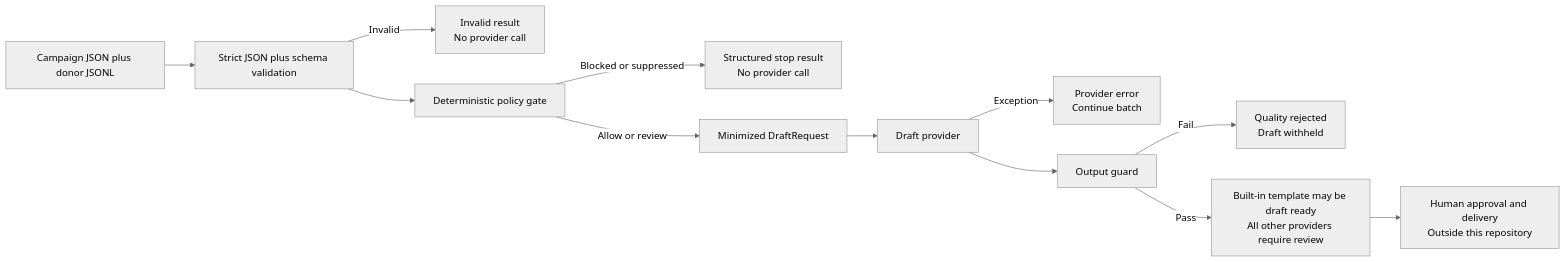
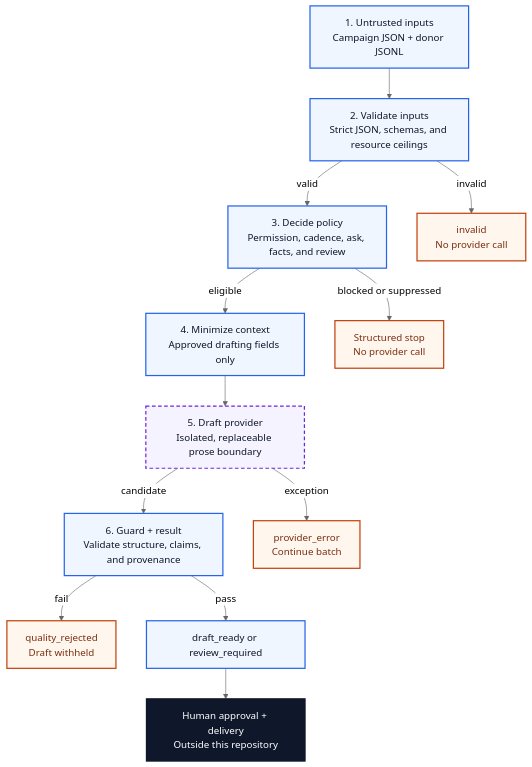
One commit to kappa9999/charity-donor-outreach-case-study changed the diagram in docs/architecture-flow.mmd. Above: the diagram before and after it, drawn with Mermaid (neutral theme). The commit also changed 18 other files, not shown here.

```diff
--- a/docs/architecture-flow.mmd
+++ b/docs/architecture-flow.mmd
@@ -1,12 +1,21 @@
-flowchart LR
-  A[Campaign JSON plus donor JSONL] --> B[Strict JSON plus schema validation]
-  B -->|Invalid| X[Invalid result<br/>No provider call]
-  B --> C[Deterministic policy gate]
-  C -->|Blocked or suppressed| Y[Structured stop result<br/>No provider call]
-  C -->|Allow or review| D[Minimized DraftRequest]
-  D --> E[Draft provider]
-  E -->|Exception| Z[Provider error<br/>Continue batch]
-  E --> F[Output guard]
-  F -->|Fail| Q[Quality rejected<br/>Draft withheld]
-  F -->|Pass| G[Built-in template may be draft ready<br/>All other providers require review]
-  G --> H[Human approval and delivery<br/>Outside this repository]
+flowchart TB
+  A["1. Untrusted inputs<br/>Campaign JSON + donor JSONL"] --> B["2. Validate inputs<br/>Strict JSON, schemas, and resource ceilings"]
+  B -->|valid| C["3. Decide policy<br/>Permission, cadence, ask, facts, and review"]
+  B -->|invalid| X["invalid<br/>No provider call"]
+  C -->|eligible| D["4. Minimize context<br/>Approved drafting fields only"]
+  C -->|blocked or suppressed| Y["Structured stop<br/>No provider call"]
+  D --> E["5. Draft provider<br/>Isolated, replaceable prose boundary"]
+  E -->|candidate| F["6. Guard + result<br/>Validate structure, claims, and provenance"]
+  E -->|exception| Z["provider_error<br/>Continue batch"]
+  F -->|fail| Q["quality_rejected<br/>Draft withheld"]
+  F -->|pass| G["draft_ready or review_required"]
+  G --> H["Human approval + delivery<br/>Outside this repository"]
+
+  classDef control fill:#eff6ff,stroke:#2563eb,color:#0f172a,stroke-width:2px;
+  classDef provider fill:#f5f3ff,stroke:#6d28d9,color:#0f172a,stroke-width:2px,stroke-dasharray:6 4;
+  classDef stop fill:#fff7ed,stroke:#c2410c,color:#7c2d12,stroke-width:2px;
+  classDef external fill:#0f172a,stroke:#0f172a,color:#ffffff,stroke-width:2px;
+  class A,B,C,D,F,G control;
+  class E provider;
+  class X,Y,Z,Q stop;
+  class H external;
```
